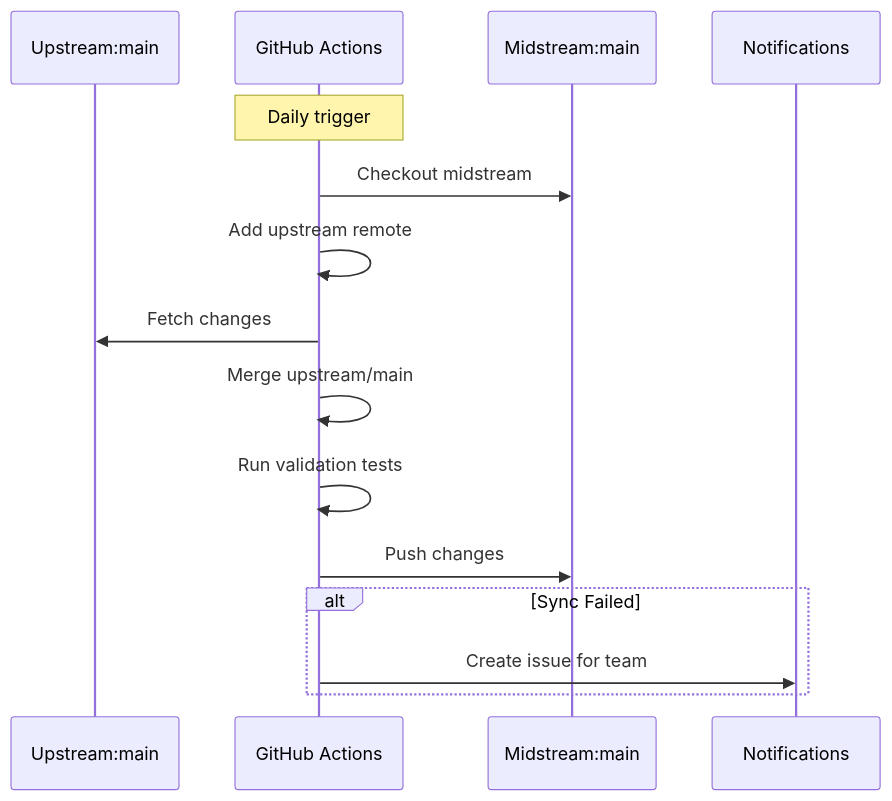
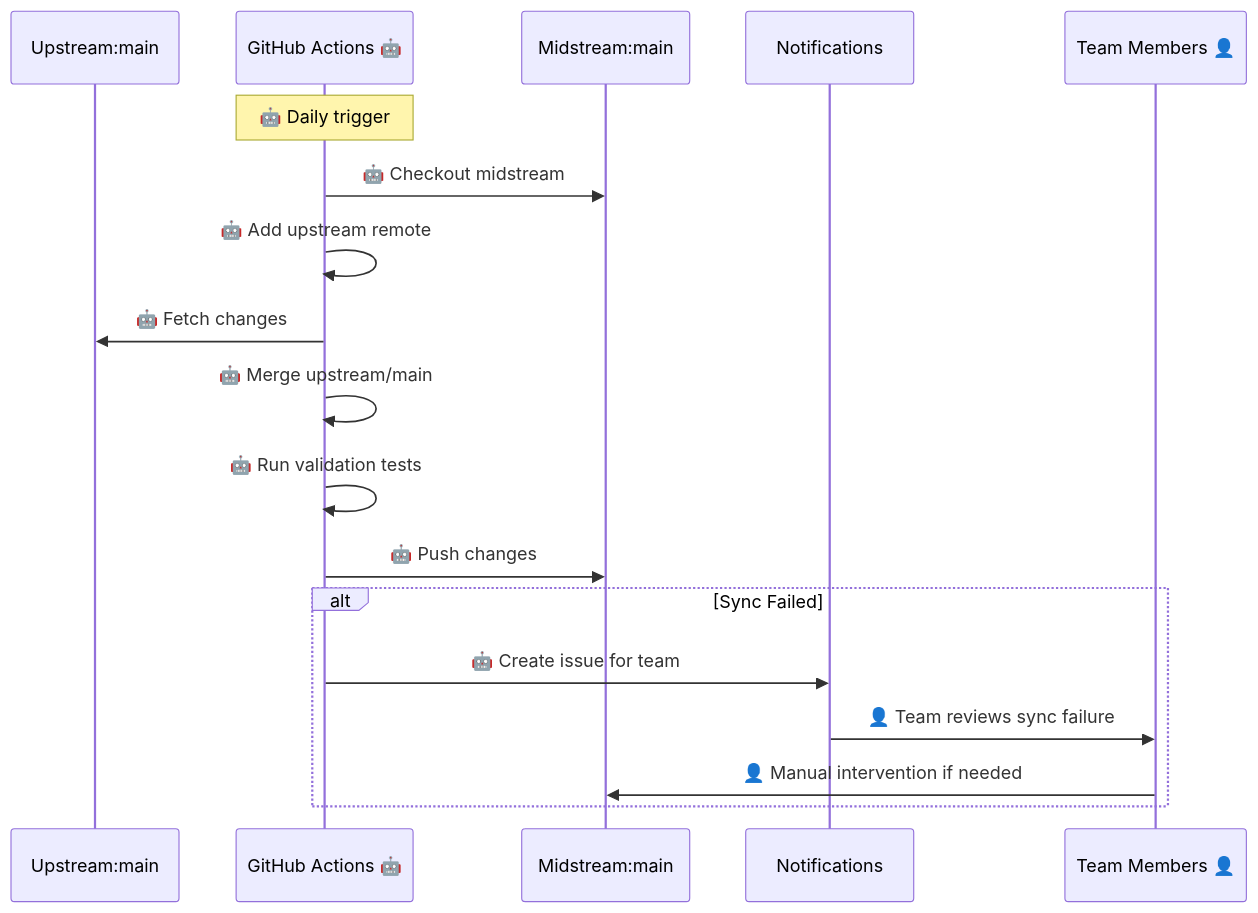
One commit to trustyai-explainability/community changed the sixth of 8 diagrams in adr/ADR-0009-project-workflow.md. Above: the diagram before and after it, drawn with Mermaid. The commit also changed other lines of this file, not shown here.

````diff
--- a/adr/ADR-0009-project-workflow.md
+++ b/adr/ADR-0009-project-workflow.md
@@ -424,19 +426,22 @@
    ```mermaid
    sequenceDiagram
        participant U as Upstream:main
-       participant GH as GitHub Actions
+       participant GH as GitHub Actions 🤖
        participant M as Midstream:main
        participant N as Notifications
+       participant Team as Team Members 👤
 
-       Note over GH: Daily trigger
-       GH->>M: Checkout midstream
-       GH->>GH: Add upstream remote
-       GH->>U: Fetch changes
-       GH->>GH: Merge upstream/main
-       GH->>GH: Run validation tests
-       GH->>M: Push changes
+       Note over GH: 🤖 Daily trigger
+       GH->>M: 🤖 Checkout midstream
+       GH->>GH: 🤖 Add upstream remote
+       GH->>U: 🤖 Fetch changes
+       GH->>GH: 🤖 Merge upstream/main
+       GH->>GH: 🤖 Run validation tests
+       GH->>M: 🤖 Push changes
 
        alt Sync Failed
-           GH->>N: Create issue for team
+           GH->>N: 🤖 Create issue for team
+           N->>Team: 👤 Team reviews sync failure
+           Team->>M: 👤 Manual intervention if needed
        end
    ```
````
